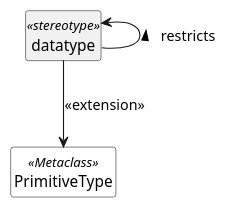
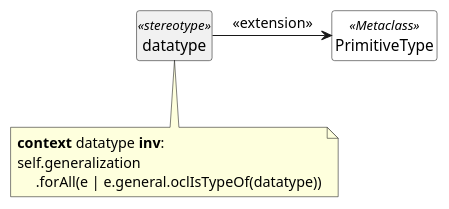
The fifth of 13 diagrams in docs/uml-profile.org (sdm-lang/tree-sitter-sdml), drawn with PlantUML before and after one commit. The commit also changed other lines of this file and 17 other files, not shown here.

```diff
--- a/docs/uml-profile.org
+++ b/docs/uml-profile.org
@@ -72,9 +103,12 @@
 #+BEGIN_SRC plantuml :file uml-profile-datatype.svg
+skinparam backgroundColor transparent
 hide circle
 hide members
 
 class PrimitiveType <<Metaclass>> #white {}
 class datatype <<stereotype>> {}
-datatype --> PrimitiveType: <<extension>>
-datatype -u-> datatype: > restricts
+datatype -r-> PrimitiveType: <<extension>>
+
+note "**context** datatype **inv**:\nself.generalization\n     .forAll(e | e.general.oclIsTypeOf(datatype))" as gendatatype
+datatype .. gendatatype
 #+END_SRC
```
